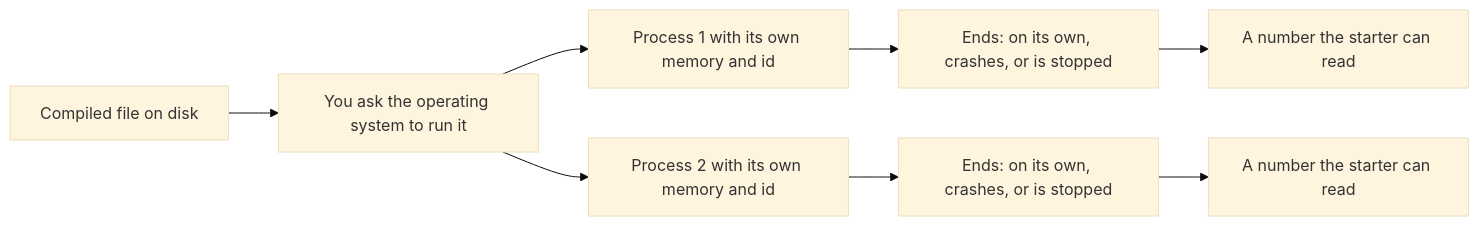
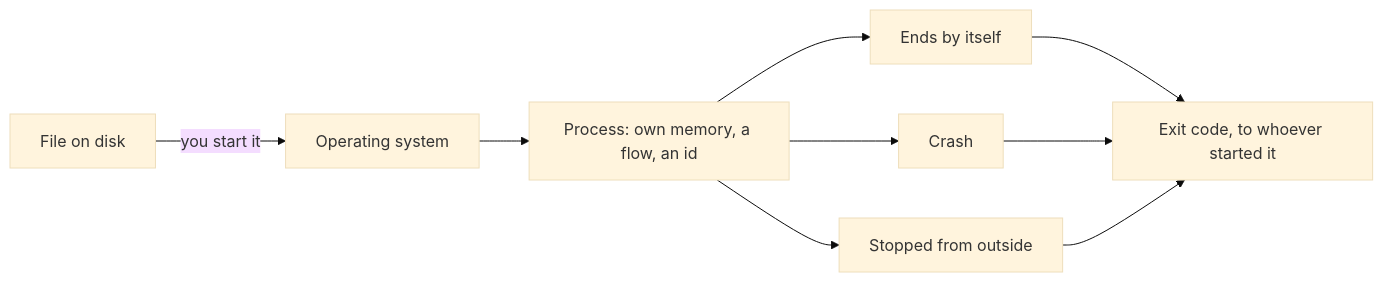
The diagram in content/tracks/foundation/computer/foundation.l1.program-to-process.en.md (duyan11110/lo-trinh-architect), drawn with Mermaid (base theme) before and after one commit. The commit also changed other lines of this file and 24 other files, not shown here.

````diff
--- a/content/tracks/foundation/computer/foundation.l1.program-to-process.en.md
+++ b/content/tracks/foundation/computer/foundation.l1.program-to-process.en.md
@@ -40,10 +42,11 @@
 ```mermaid
 flowchart LR
-  F["Compiled file on disk"] --> S["You ask the operating system to run it"]
-  S --> P1["Process 1 with its own memory and id"]
-  S --> P2["Process 2 with its own memory and id"]
-  P1 --> E1["Ends: on its own, crashes, or is stopped"]
-  P2 --> E2["Ends: on its own, crashes, or is stopped"]
-  E1 --> C1["A number the starter can read"]
-  E2 --> C2["A number the starter can read"]
+  F["File on disk"] -->|you start it| OS["Operating system"]
+  OS --> P["Process: own memory, a flow, an id"]
+  P --> R["Ends by itself"]
+  P --> C["Crash"]
+  P --> K["Stopped from outside"]
+  R --> X["Exit code, to whoever started it"]
+  C --> X
+  K --> X
 ```
````
